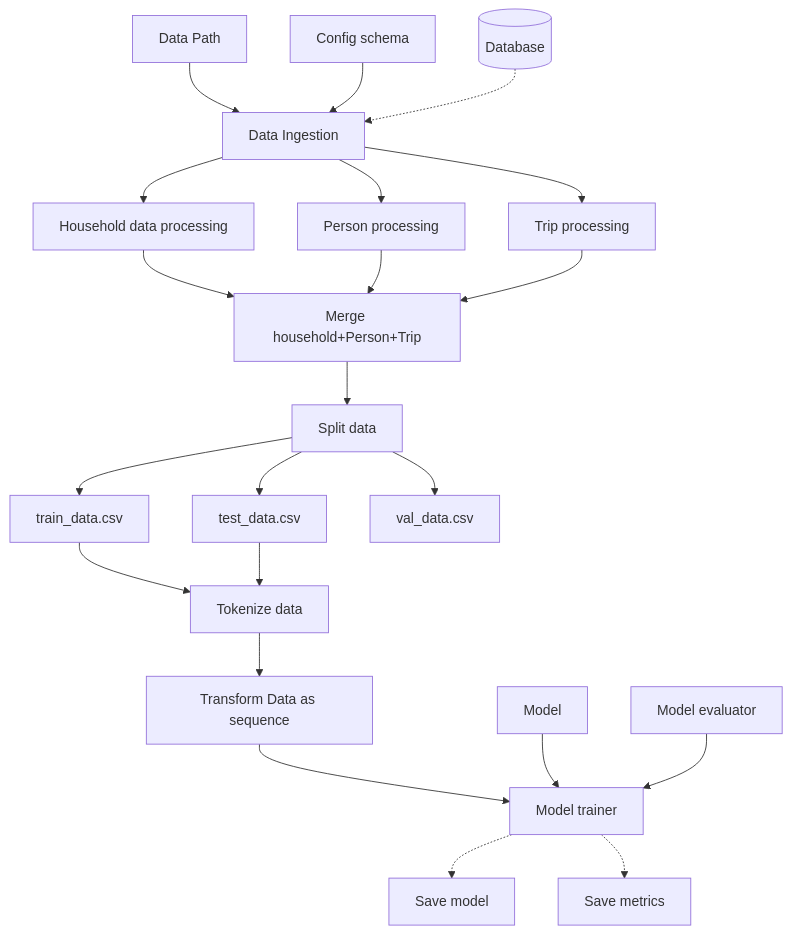
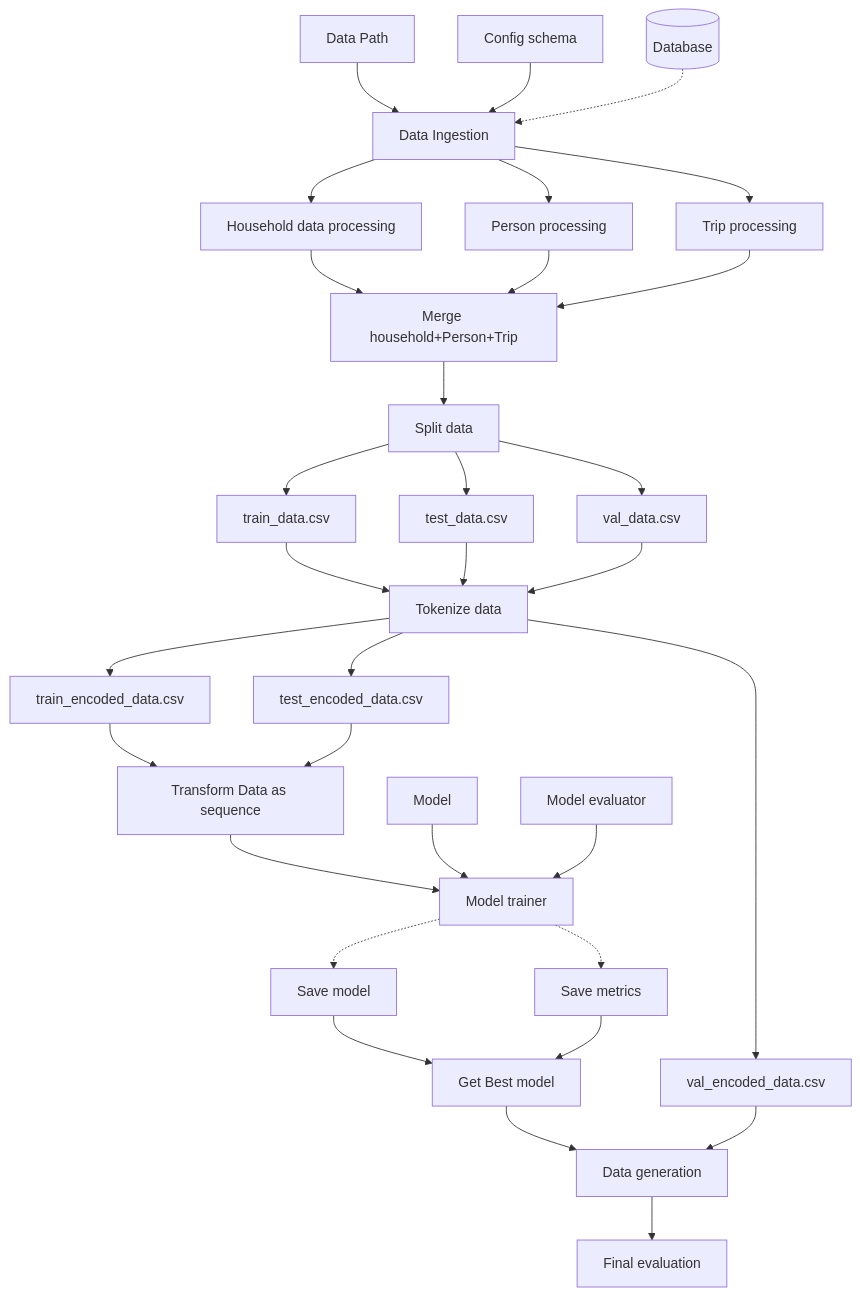
One commit to abdoulrazac/pop-synth-activity-plan changed the diagram in README.md. Above: the diagram before and after it, drawn with Mermaid. The commit also changed other lines of this file, not shown here.

Commit message:
feat(docs): update README with data transformation flow and encoding steps

````diff
--- a/README.md
+++ b/README.md
@@ -5,24 +5,34 @@
 ```mermaid
 flowchart TD
     A[Data Path] --> B[Data Ingestion]
     C[Config schema] --> B
     D[(Database)] -.-> B
     B --> C1[Household data processing]
     B --> C2[Person processing]
     B --> C3[Trip processing]
     C1 --> MERGE1[Merge household+Person+Trip]
     C2 --> MERGE1
     C3 --> MERGE1
     MERGE1 --> SPLIT[Split data]
     SPLIT --> F1[train_data.csv]
     SPLIT --> F2[test_data.csv]
     SPLIT --> F3[val_data.csv]
     F1 --> TOKEN[Tokenize data]
     F2 --> TOKEN
-    TOKEN --> SEQ[Transform Data as sequence]
+    F3 --> TOKEN
+    TOKEN --> ENCODED1[train_encoded_data.csv]
+    TOKEN --> ENCODED2[test_encoded_data.csv]
+    TOKEN --> ENCODED3[val_encoded_data.csv]
+    ENCODED1 --> SEQ[Transform Data as sequence]
+    ENCODED2 --> SEQ
     SEQ --> H[Model trainer]
     M1[Model] --> H
     M2[Model evaluator] --> H 
     H -.-> I1[Save model]
     H -.-> I2[Save metrics]
+    I1 --> BEST_MODEL[Get Best model]
+    I2 --> BEST_MODEL
+    BEST_MODEL --> GEN_DATA[Data generation]
+    ENCODED3 --> GEN_DATA
+    GEN_DATA --> FINAL_EVAL[Final evaluation]
 ```
````
